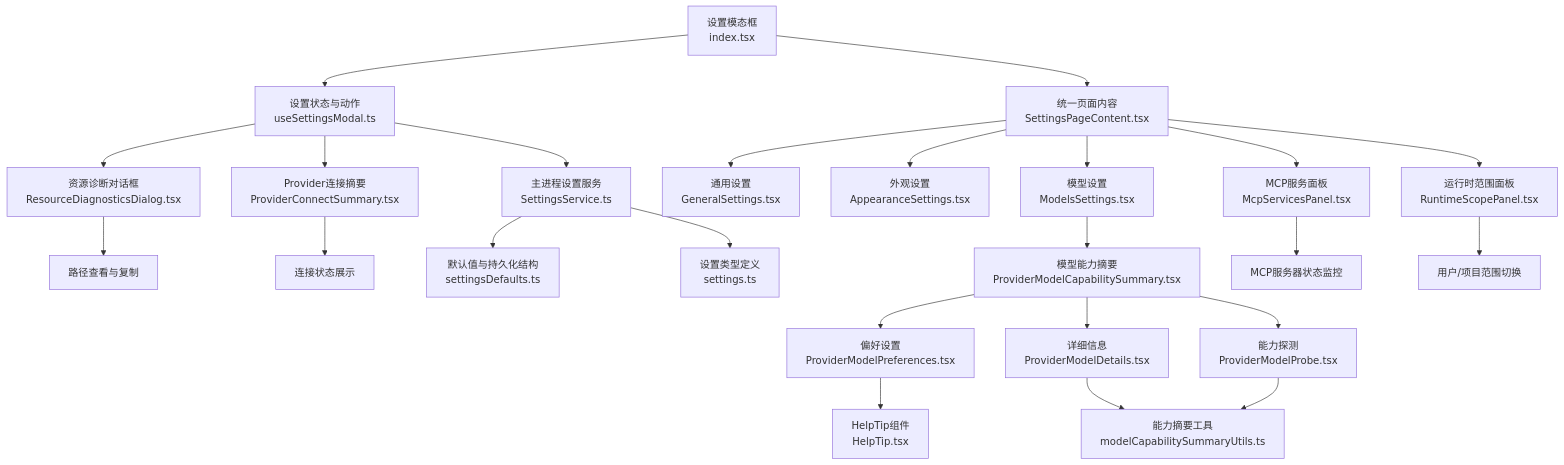
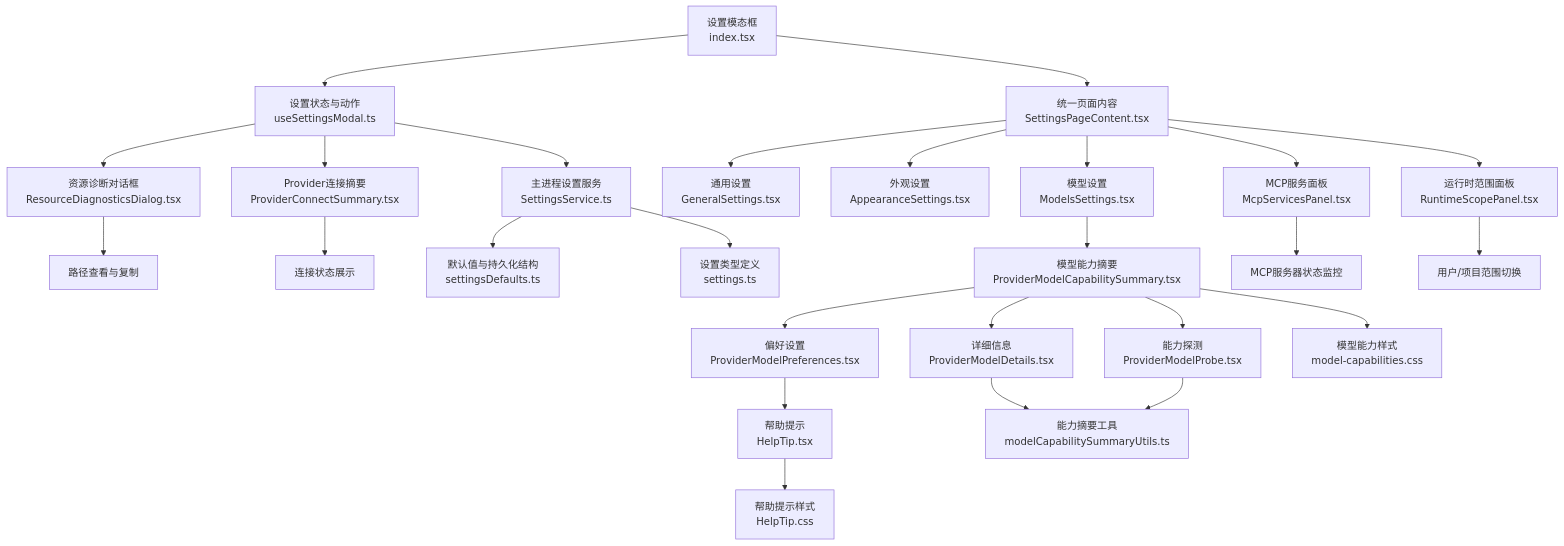
One commit to haolange/RDC-Agent changed the first of 4 diagrams in .qoder/repowiki/zh/content/用户界面/设置面板/设置面板.md. Above: the diagram before and after it, drawn with Mermaid. The commit also changed other lines of this file and 12 other files, not shown here.

````diff
--- a/.qoder/repowiki/zh/content/用户界面/设置面板/设置面板.md
+++ b/.qoder/repowiki/zh/content/用户界面/设置面板/设置面板.md
@@ -67,26 +70,28 @@
 ```mermaid
 graph TB
 A["设置模态框<br/>index.tsx"] --> B["设置状态与动作<br/>useSettingsModal.ts"]
 A --> C["统一页面内容<br/>SettingsPageContent.tsx"]
 C --> D["通用设置<br/>GeneralSettings.tsx"]
 C --> E["外观设置<br/>AppearanceSettings.tsx"]
 C --> F["模型设置<br/>ModelsSettings.tsx"]
 C --> G["MCP服务面板<br/>McpServicesPanel.tsx"]
 C --> H["运行时范围面板<br/>RuntimeScopePanel.tsx"]
 B --> I["资源诊断对话框<br/>ResourceDiagnosticsDialog.tsx"]
 B --> J["Provider连接摘要<br/>ProviderConnectSummary.tsx"]
 H --> K["用户/项目范围切换"]
 I --> L["路径查看与复制"]
 J --> M["连接状态展示"]
 G --> N["MCP服务器状态监控"]
 B --> O["主进程设置服务<br/>SettingsService.ts"]
 O --> P["默认值与持久化结构<br/>settingsDefaults.ts"]
 O --> Q["设置类型定义<br/>settings.ts"]
 F --> R["模型能力摘要<br/>ProviderModelCapabilitySummary.tsx"]
 R --> S["偏好设置<br/>ProviderModelPreferences.tsx"]
 R --> T["详细信息<br/>ProviderModelDetails.tsx"]
 R --> U["能力探测<br/>ProviderModelProbe.tsx"]
-S --> V["HelpTip组件<br/>HelpTip.tsx"]
+S --> V["帮助提示<br/>HelpTip.tsx"]
 T --> W["能力摘要工具<br/>modelCapabilitySummaryUtils.ts"]
 U --> W
+V --> X["帮助提示样式<br/>HelpTip.css"]
+R --> Y["模型能力样式<br/>model-capabilities.css"]
 ```
````
